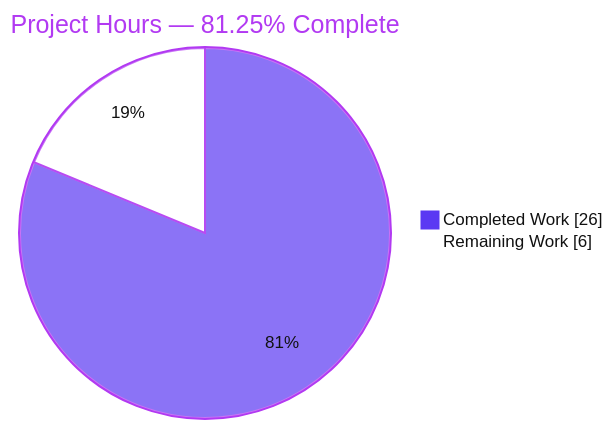
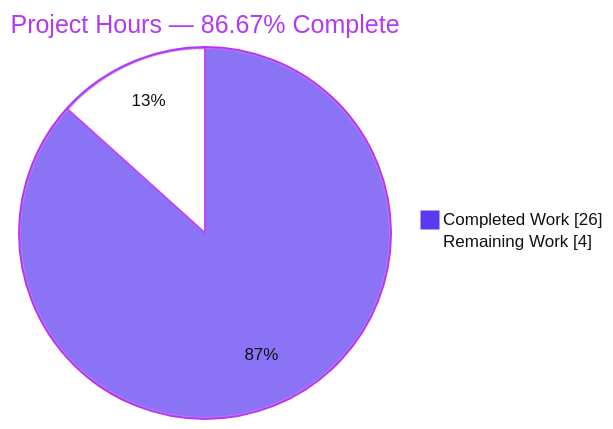
Before and after one commit to blitzy-public-samples/blitzy-WebVella-ERP: the second of 3 diagrams in blitzy/documentation/Project Guide.md, drawn with Mermaid. The commit also changed other lines of this file and 1 other file, not shown here.

````diff
--- a/blitzy/documentation/Project Guide.md
+++ b/blitzy/documentation/Project Guide.md
@@ -188,6 +185,6 @@
 ```mermaid
 %%{init: {'theme':'base', 'themeVariables': {'pie1':'#5B39F3','pie2':'#FFFFFF','pieStrokeColor':'#B23AF2','pieOuterStrokeColor':'#B23AF2','pieTitleTextColor':'#B23AF2','pieSectionTextColor':'#111111','pieLegendTextColor':'#111111','pieStrokeWidth':'2px','pieOuterStrokeWidth':'2px'}}}%%
-pie showData title Project Hours — 81.25% Complete
+pie showData title Project Hours — 86.67% Complete
     "Completed Work" : 26
-    "Remaining Work" : 6
+    "Remaining Work" : 4
 ```
````
